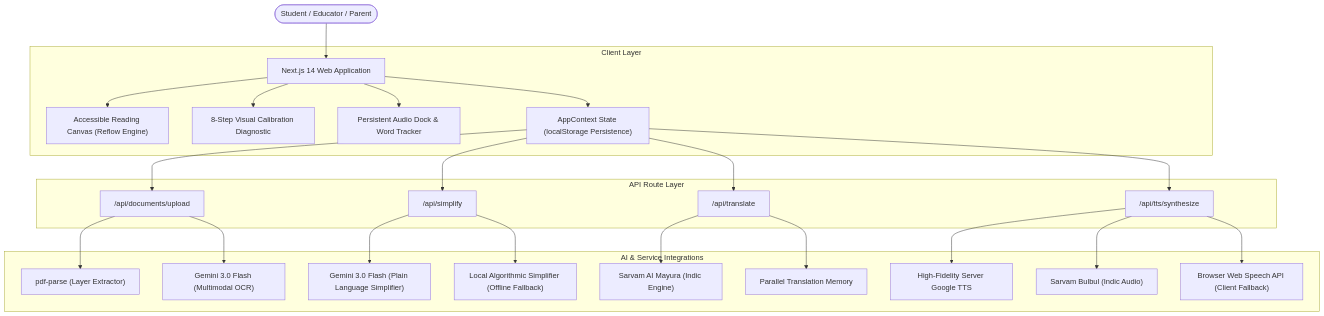
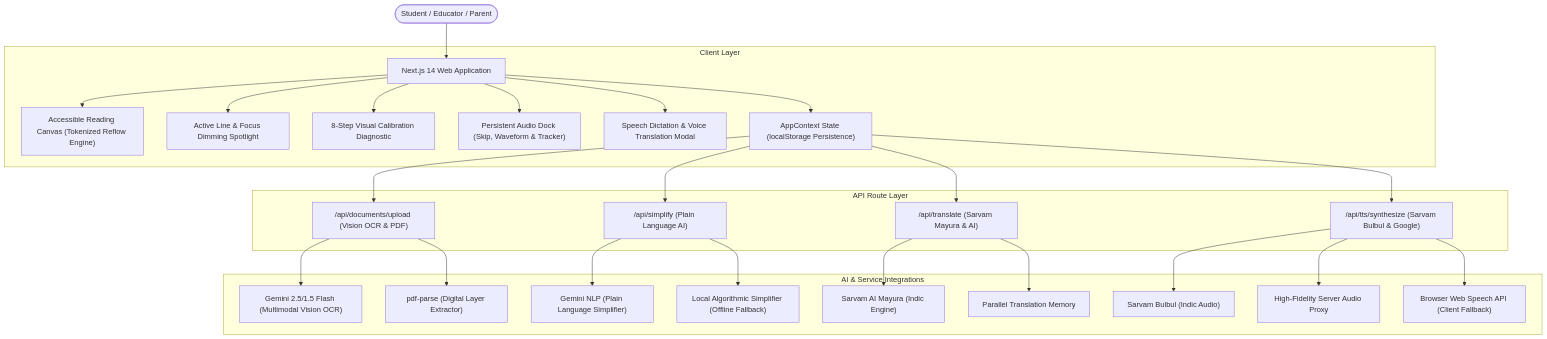
The diagram in Readme.md (CODExGAMERZ/akshar-setu), drawn with Mermaid before and after one commit. The commit also changed other lines of this file, not shown here.

Commit message:
docs: update README with multimodal OCR, Sarvam Indic audio & translation, voice dictation, and active line focus

````diff
--- a/Readme.md
+++ b/Readme.md
@@ -73,33 +91,35 @@
 ```mermaid
 graph TD
     User(["Student / Educator / Parent"]) --> NextApp["Next.js 14 Web Application"]
     
     subgraph Client Layer
-        NextApp --> ReaderCanvas["Accessible Reading Canvas (Reflow Engine)"]
+        NextApp --> ReaderCanvas["Accessible Reading Canvas (Tokenized Reflow Engine)"]
+        NextApp --> ActiveLineFocus["Active Line & Focus Dimming Spotlight"]
         NextApp --> CalibrationEngine["8-Step Visual Calibration Diagnostic"]
-        NextApp --> AudioDock["Persistent Audio Dock & Word Tracker"]
+        NextApp --> AudioDock["Persistent Audio Dock (Skip, Waveform & Tracker)"]
+        NextApp --> DictationModal["Speech Dictation & Voice Translation Modal"]
         NextApp --> AppContext["AppContext State (localStorage Persistence)"]
     end
 
     subgraph API Route Layer
-        AppContext --> UploadAPI["/api/documents/upload"]
-        AppContext --> SimplifyAPI["/api/simplify"]
-        AppContext --> TranslateAPI["/api/translate"]
-        AppContext --> TTSAPI["/api/tts/synthesize"]
+        AppContext --> UploadAPI["/api/documents/upload (Vision OCR & PDF)"]
+        AppContext --> SimplifyAPI["/api/simplify (Plain Language AI)"]
+        AppContext --> TranslateAPI["/api/translate (Sarvam Mayura & AI)"]
+        AppContext --> TTSAPI["/api/tts/synthesize (Sarvam Bulbul & Google)"]
     end
 
     subgraph AI & Service Integrations
-        UploadAPI --> PDFParser["pdf-parse (Layer Extractor)"]
-        UploadAPI --> GeminiVision["Gemini 3.0 Flash (Multimodal OCR)"]
+        UploadAPI --> GeminiVision["Gemini 2.5/1.5 Flash (Multimodal Vision OCR)"]
+        UploadAPI --> PDFParser["pdf-parse (Digital Layer Extractor)"]
         
-        SimplifyAPI --> GeminiNLP["Gemini 3.0 Flash (Plain Language Simplifier)"]
+        SimplifyAPI --> GeminiNLP["Gemini NLP (Plain Language Simplifier)"]
         SimplifyAPI --> LocalEngine["Local Algorithmic Simplifier (Offline Fallback)"]
         
         TranslateAPI --> SarvamMayura["Sarvam AI Mayura (Indic Engine)"]
         TranslateAPI --> MyMemoryCache["Parallel Translation Memory"]
         
-        TTSAPI --> GoogleTTS["High-Fidelity Server Google TTS"]
         TTSAPI --> SarvamBulbul["Sarvam Bulbul (Indic Audio)"]
+        TTSAPI --> GoogleTTS["High-Fidelity Server Audio Proxy"]
         TTSAPI --> WebSpeech["Browser Web Speech API (Client Fallback)"]
     end
 ```
````
